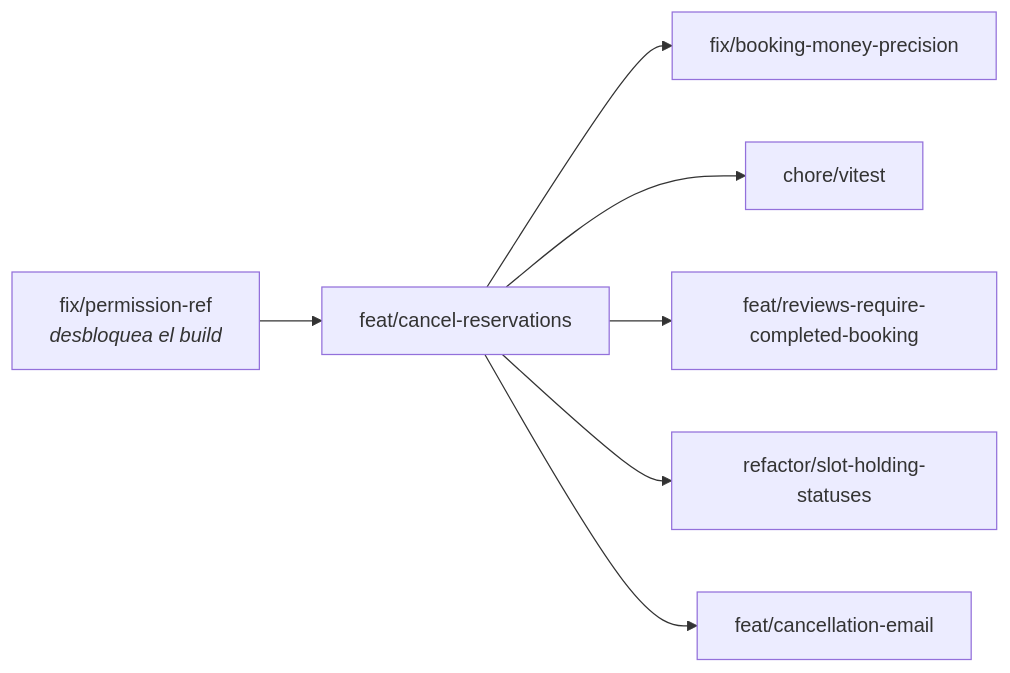
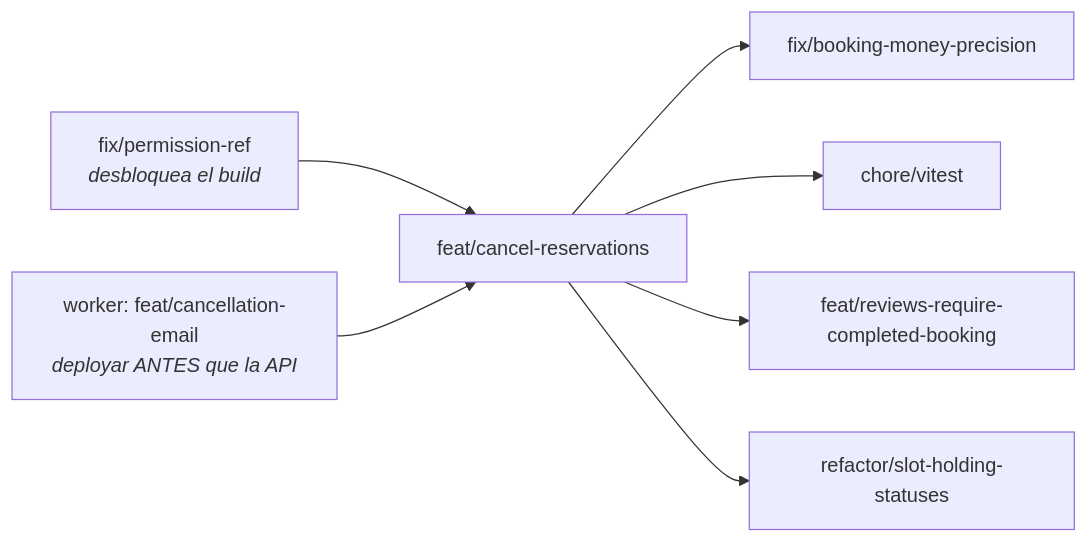
The diagram in docs/tech_debt/CANCELLATION_FEATURE_NEXT_STEPS.md (agustisera1/bookings_app), drawn with Mermaid before and after one commit. The commit also changed other lines of this file and 2 other files, not shown here.

First line of the commit message:
feat(bookings): announce cancellations with their own email type

````diff
--- a/docs/tech_debt/CANCELLATION_FEATURE_NEXT_STEPS.md
+++ b/docs/tech_debt/CANCELLATION_FEATURE_NEXT_STEPS.md
@@ -26,9 +26,9 @@
 ```mermaid
 graph LR
   A["fix/permission-ref<br/><i>desbloquea el build</i>"] --> B["feat/cancel-reservations"]
+  W["worker: feat/cancellation-email<br/><i>deployar ANTES que la API</i>"] --> B
   B --> C["fix/booking-money-precision"]
   B --> D["chore/vitest"]
   B --> E["feat/reviews-require-completed-booking"]
   B --> F["refactor/slot-holding-statuses"]
-  B --> G["feat/cancellation-email"]
 ```
````
